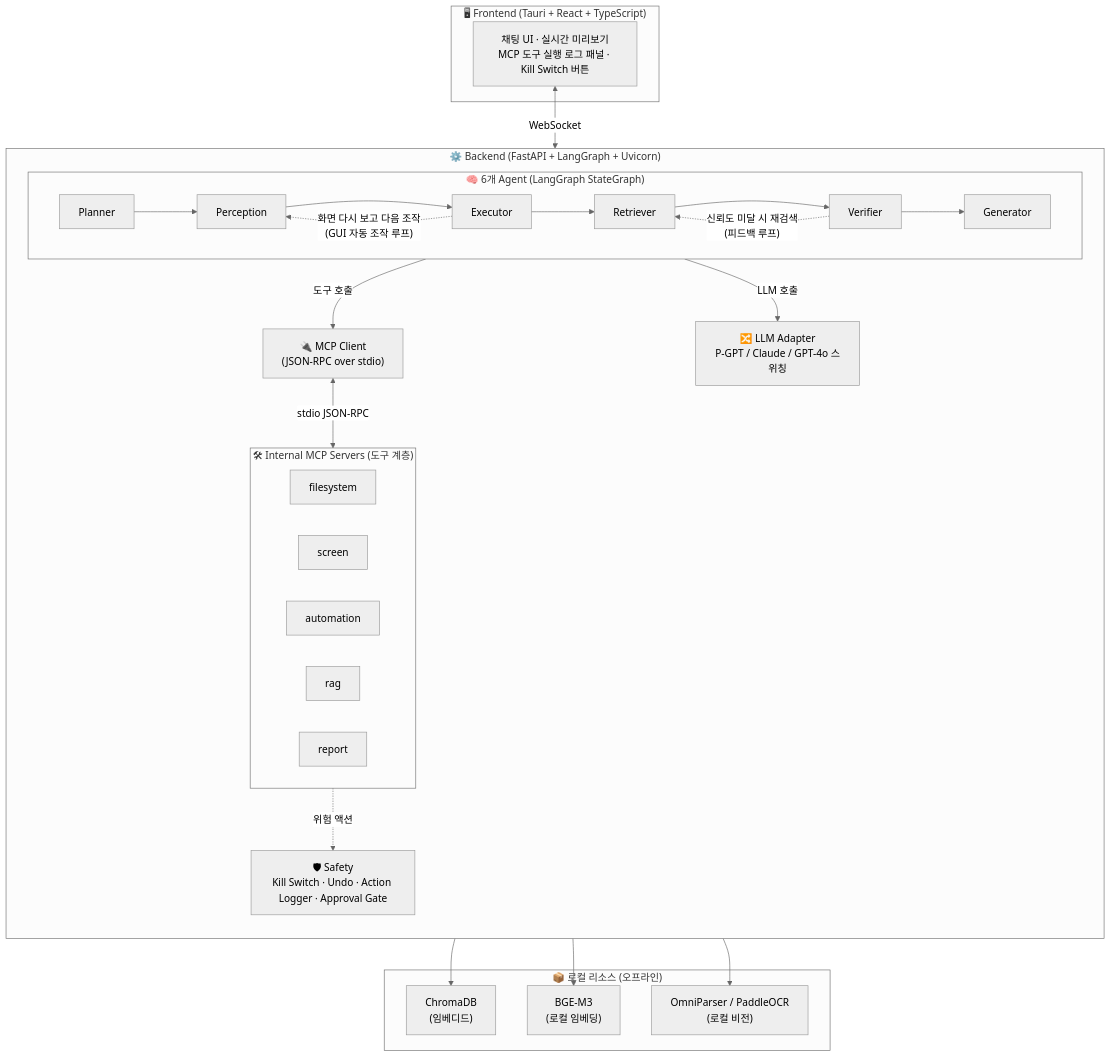
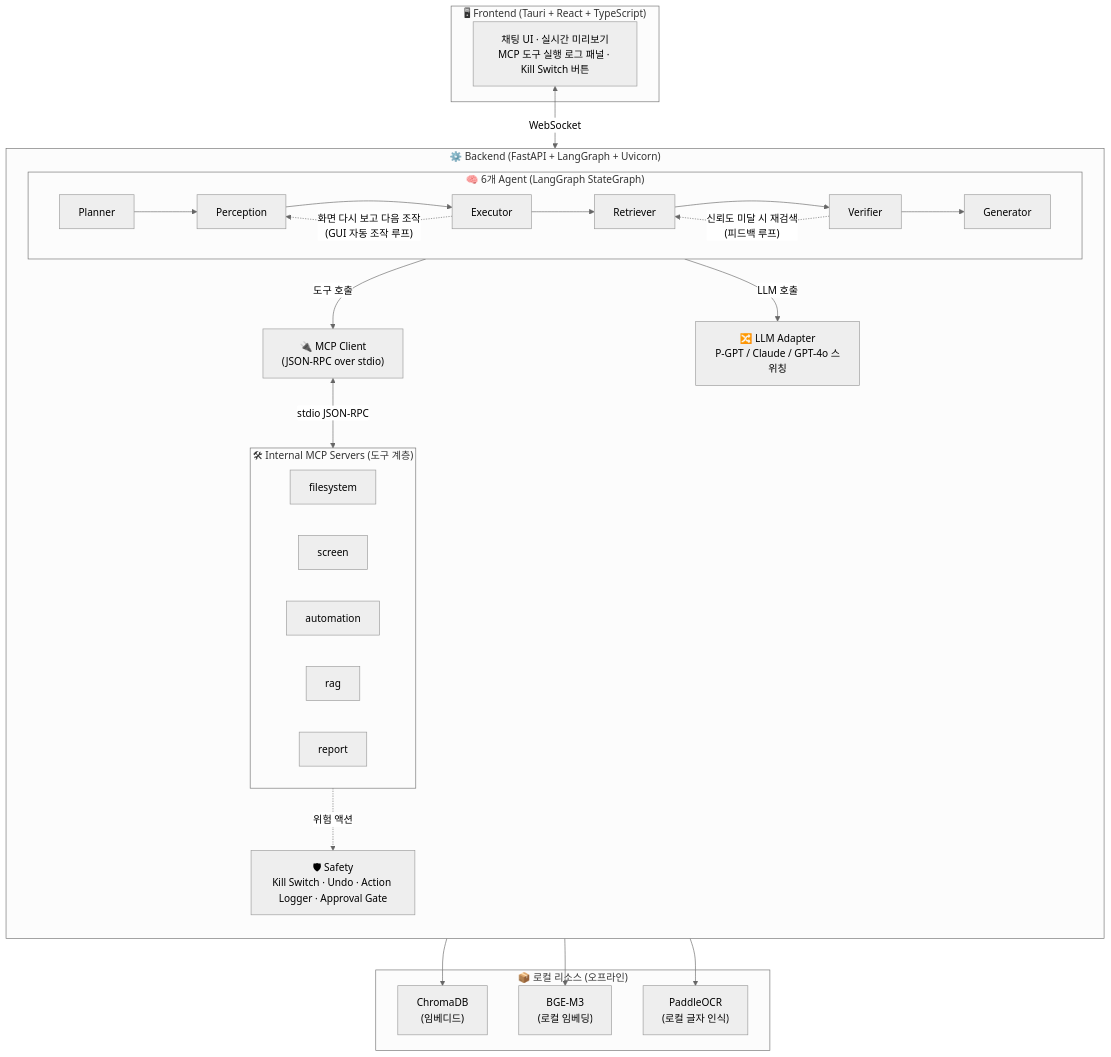
One commit to taehyun108/KTH_01 changed the diagram in PFM-Agent/README.md. Above: the diagram before and after it, drawn with Mermaid (neutral theme). The commit also changed other lines of this file and 19 other files, not shown here.

````diff
--- a/PFM-Agent/README.md
+++ b/PFM-Agent/README.md
@@ -15,44 +15,44 @@
 ```mermaid
 flowchart TB
     subgraph FE["🖥 Frontend (Tauri + React + TypeScript)"]
         UI["채팅 UI · 실시간 미리보기<br/>MCP 도구 실행 로그 패널 · Kill Switch 버튼"]
     end
 
     subgraph BE["⚙️ Backend (FastAPI + LangGraph + Uvicorn)"]
         direction TB
         subgraph AG["🧠 6개 Agent (LangGraph StateGraph)"]
             P1["Planner"] --> P2["Perception"]
             P2 --> P3["Executor"]
             P3 --> P4["Retriever"]
             P4 --> P5["Verifier"]
             P5 --> P6["Generator"]
             P5 -.->|"신뢰도 미달 시 재검색<br/>(피드백 루프)"| P4
             P3 -.->|"화면 다시 보고 다음 조작<br/>(GUI 자동 조작 루프)"| P2
         end
         MC["🔌 MCP Client<br/>(JSON-RPC over stdio)"]
         subgraph MS["🛠 Internal MCP Servers (도구 계층)"]
             direction LR
             S1["filesystem"]
             S2["screen"]
             S3["automation"]
             S4["rag"]
             S5["report"]
         end
         LLM["🔀 LLM Adapter<br/>P-GPT / Claude / GPT-4o 스위칭"]
         SAFE["🛡 Safety<br/>Kill Switch · Undo · Action Logger · Approval Gate"]
     end
 
     UI <-->|WebSocket| AG
     AG -->|도구 호출| MC
     MC <-->|stdio JSON-RPC| MS
     AG -->|LLM 호출| LLM
     S3 -.위험 액션.-> SAFE
 
     subgraph LOCAL["📦 로컬 리소스 (오프라인)"]
         R1["ChromaDB<br/>(임베디드)"]
         R2["BGE-M3<br/>(로컬 임베딩)"]
-        R3["OmniParser / PaddleOCR<br/>(로컬 비전)"]
+        R3["PaddleOCR<br/>(로컬 글자 인식)"]
     end
     S4 --> R1 & R2
     S2 --> R3
 ```
````
